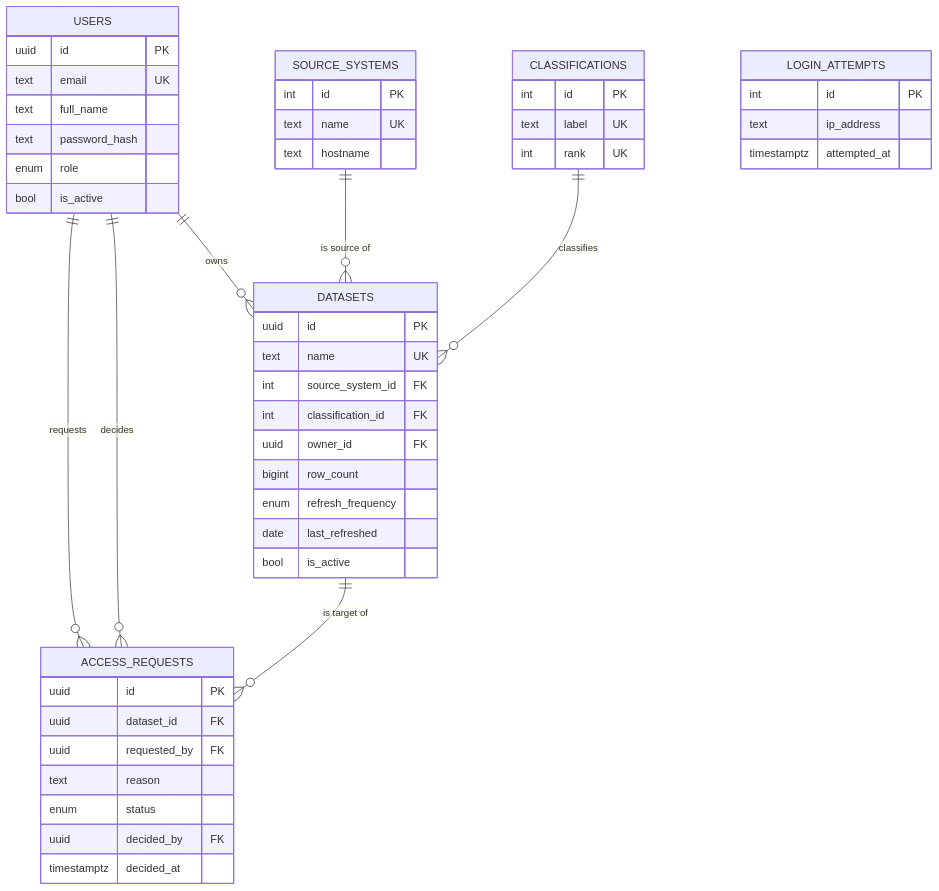
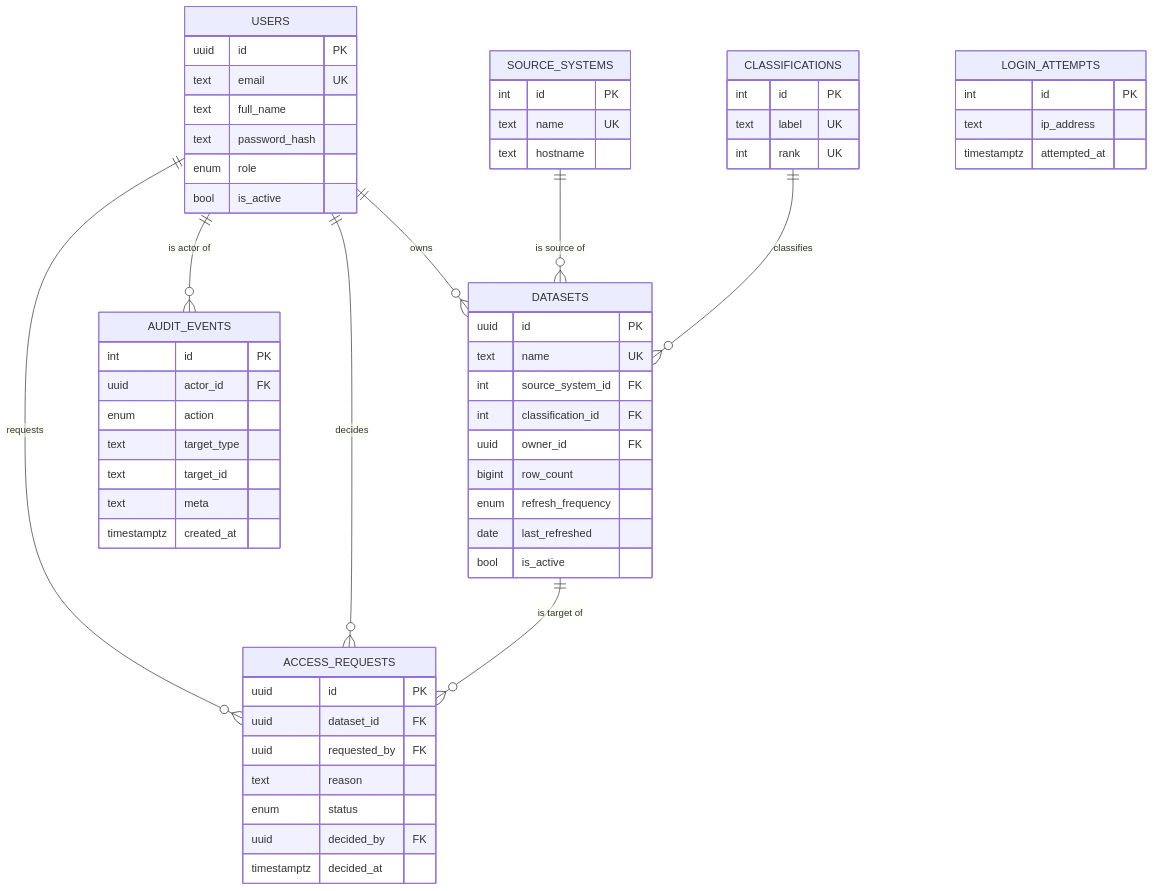
The second of 2 diagrams in README.md (Y1I1/SWE-dataset-catalogue), drawn with Mermaid before and after one commit. The commit also changed other lines of this file and 25 other files, not shown here.

````diff
--- a/README.md
+++ b/README.md
@@ -137,53 +143,63 @@
 ```mermaid
 erDiagram
     USERS ||--o{ DATASETS : owns
     USERS ||--o{ ACCESS_REQUESTS : requests
     USERS ||--o{ ACCESS_REQUESTS : decides
+    USERS ||--o{ AUDIT_EVENTS : "is actor of"
     SOURCE_SYSTEMS ||--o{ DATASETS : "is source of"
     CLASSIFICATIONS ||--o{ DATASETS : classifies
     DATASETS ||--o{ ACCESS_REQUESTS : "is target of"
 
     USERS {
         uuid id PK
         text email UK
         text full_name
         text password_hash
         enum role
         bool is_active
     }
     SOURCE_SYSTEMS {
         int id PK
         text name UK
         text hostname
     }
     CLASSIFICATIONS {
         int id PK
         text label UK
         int rank UK
     }
     DATASETS {
         uuid id PK
         text name UK
         int source_system_id FK
         int classification_id FK
         uuid owner_id FK
         bigint row_count
         enum refresh_frequency
         date last_refreshed
         bool is_active
     }
     ACCESS_REQUESTS {
         uuid id PK
         uuid dataset_id FK
         uuid requested_by FK
         text reason
         enum status
         uuid decided_by FK
         timestamptz decided_at
     }
     LOGIN_ATTEMPTS {
         int id PK
         text ip_address
         timestamptz attempted_at
     }
+    AUDIT_EVENTS {
+        int id PK
+        uuid actor_id FK
+        enum action
+        text target_type
+        text target_id
+        text meta
+        timestamptz created_at
+    }
 ```
````
